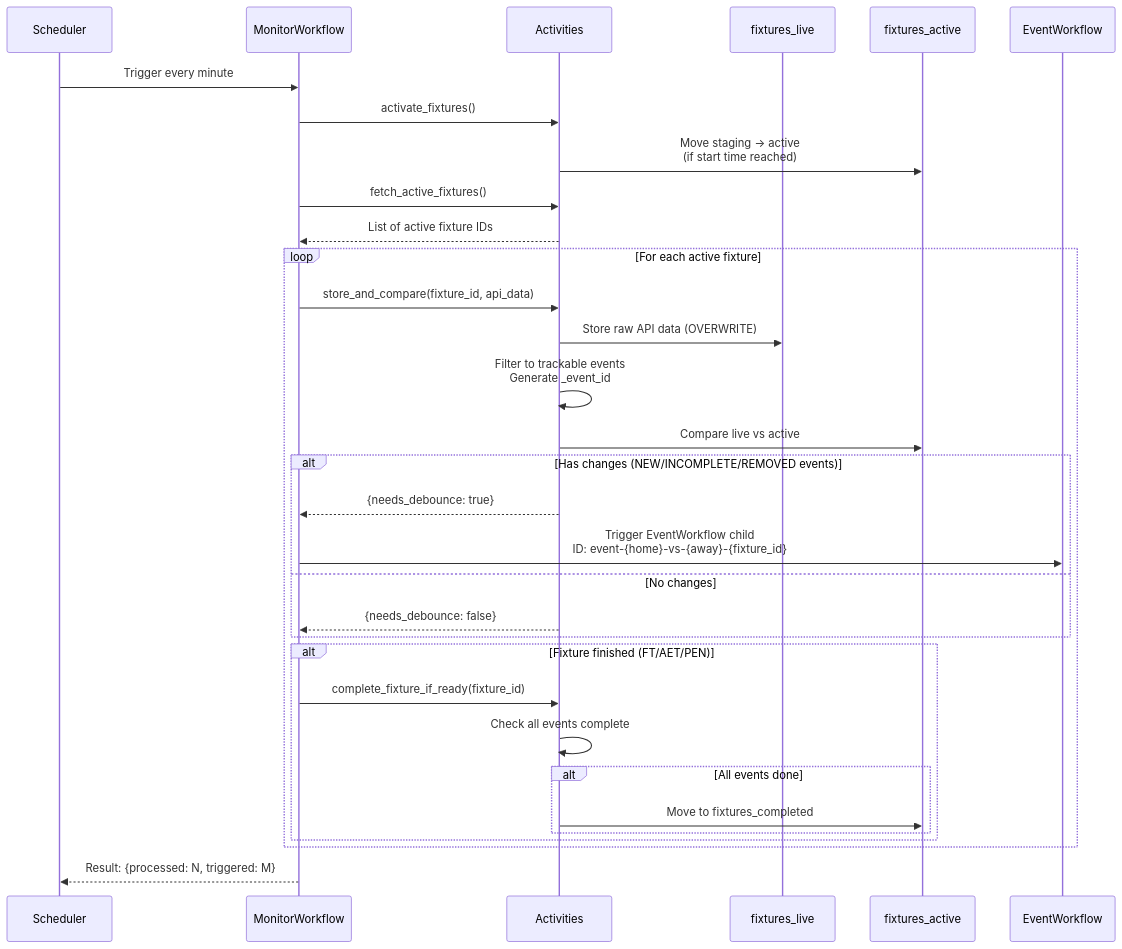
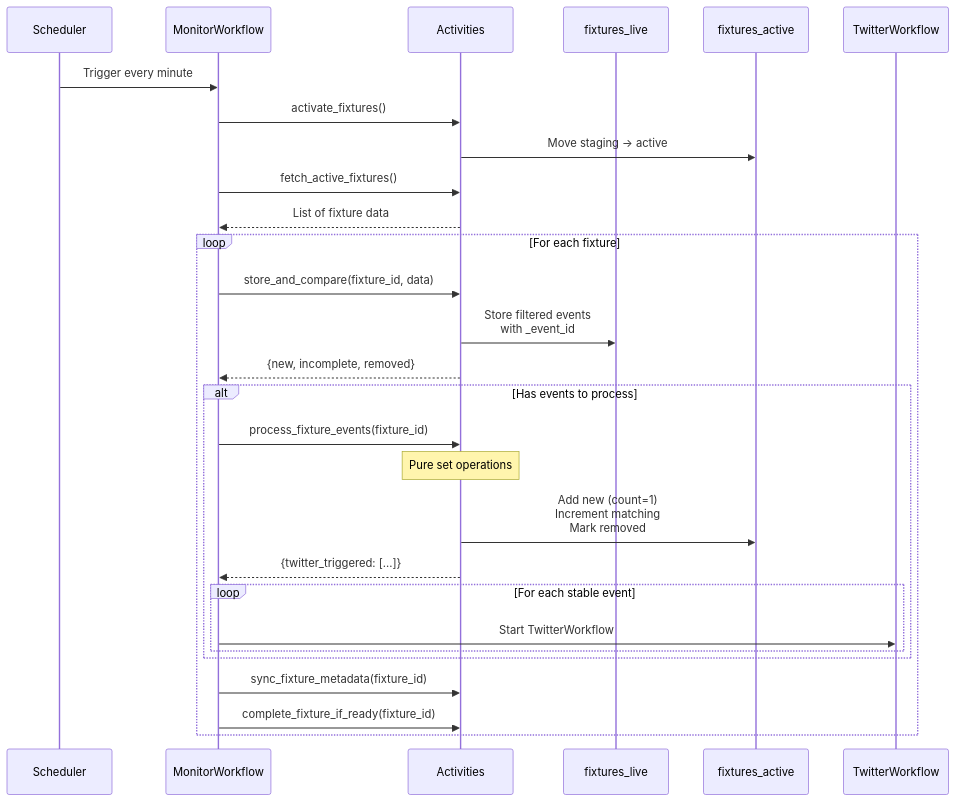
The fourth of 6 diagrams in TEMPORAL_WORKFLOWS.md (vedantadhobley/found-footy), drawn with Mermaid before and after one commit. The commit also changed other lines of this file and 32 other files, not shown here.

Commit message:
Twitter overhaul and first attempt at complete Temporal migration

````diff
--- a/TEMPORAL_WORKFLOWS.md
+++ b/TEMPORAL_WORKFLOWS.md
@@ -170,41 +132,37 @@
 ```mermaid
 sequenceDiagram
     participant S as Scheduler
     participant MW as MonitorWorkflow
     participant Act as Activities
     participant Live as fixtures_live
     participant Active as fixtures_active
-    participant EW as EventWorkflow
+    participant TW as TwitterWorkflow
     
     S->>MW: Trigger every minute
     
     MW->>Act: activate_fixtures()
-    Act->>Active: Move staging → active<br/>(if start time reached)
+    Act->>Active: Move staging → active
     
     MW->>Act: fetch_active_fixtures()
-    Act-->>MW: List of active fixture IDs
+    Act-->>MW: List of fixture data
     
-    loop For each active fixture
-        MW->>Act: store_and_compare(fixture_id, api_data)
-        Act->>Live: Store raw API data (OVERWRITE)
-        Act->>Act: Filter to trackable events<br/>Generate _event_id
-        Act->>Active: Compare live vs active
+    loop For each fixture
+        MW->>Act: store_and_compare(fixture_id, data)
+        Act->>Live: Store filtered events<br/>with _event_id
+        Act-->>MW: {new, incomplete, removed}
         
-        alt Has changes (NEW/INCOMPLETE/REMOVED events)
-            Act-->>MW: {needs_debounce: true}
-            MW->>EW: Trigger EventWorkflow child<br/>ID: event-{home}-vs-{away}-{fixture_id}
-        else No changes
-            Act-->>MW: {needs_debounce: false}
+        alt Has events to process
+            MW->>Act: process_fixture_events(fixture_id)
+            Note over Act: Pure set operations
+            Act->>Active: Add new (count=1)<br/>Increment matching<br/>Mark removed
+            Act-->>MW: {twitter_triggered: [...]}
+            
+            loop For each stable event
+                MW->>TW: Start TwitterWorkflow
+            end
         end
         
-        alt Fixture finished (FT/AET/PEN)
-            MW->>Act: complete_fixture_if_ready(fixture_id)
-            Act->>Act: Check all events complete
-            alt All events done
-                Act->>Active: Move to fixtures_completed
-            end
-        end
+        MW->>Act: sync_fixture_metadata(fixture_id)
+        MW->>Act: complete_fixture_if_ready(fixture_id)
     end
-    
-    MW-->>S: Result: {processed: N, triggered: M}
 ```
````
